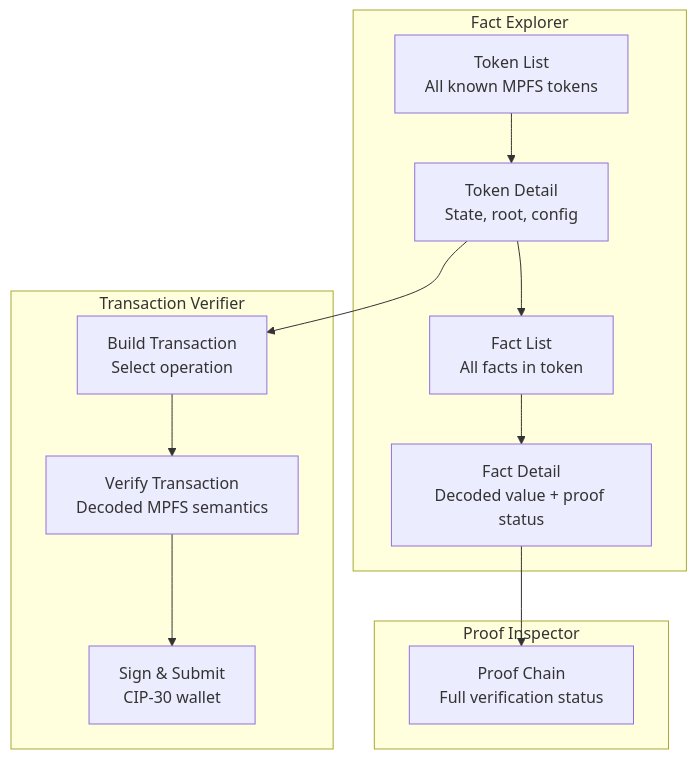
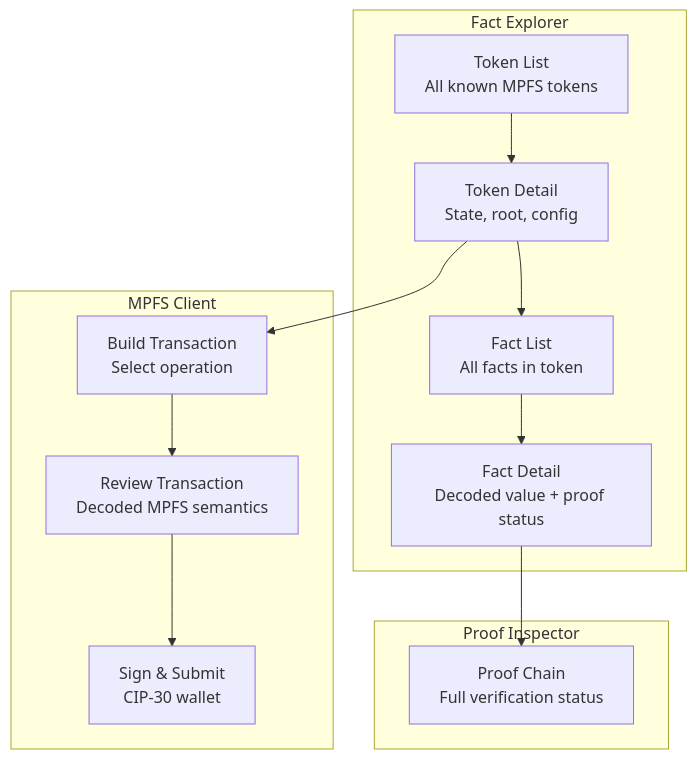
One commit to lambdasistemi/cardano-mpfs-browser changed the fifth of 5 diagrams in docs/design.md. Above: the diagram before and after it, drawn with Mermaid. The commit also changed other lines of this file, not shown here.

Commit message:
docs: reframe as fact explorer + MPFS client

````diff
--- a/docs/design.md
+++ b/docs/design.md
@@ -279,23 +272,23 @@
 ```mermaid
 graph TB
     subgraph "Fact Explorer"
         TL["Token List<br/>All known MPFS tokens"]
         TD["Token Detail<br/>State, root, config"]
         FL["Fact List<br/>All facts in token"]
         FD["Fact Detail<br/>Decoded value + proof status"]
     end
 
-    subgraph "Transaction Verifier"
+    subgraph "MPFS Client"
         TX["Build Transaction<br/>Select operation"]
-        TV["Verify Transaction<br/>Decoded MPFS semantics"]
+        TV["Review Transaction<br/>Decoded MPFS semantics"]
         TS["Sign & Submit<br/>CIP-30 wallet"]
     end
 
     subgraph "Proof Inspector"
         PI["Proof Chain<br/>Full verification status"]
     end
 
     TL --> TD --> FL --> FD
     TD --> TX --> TV --> TS
     FD --> PI
 ```
````
